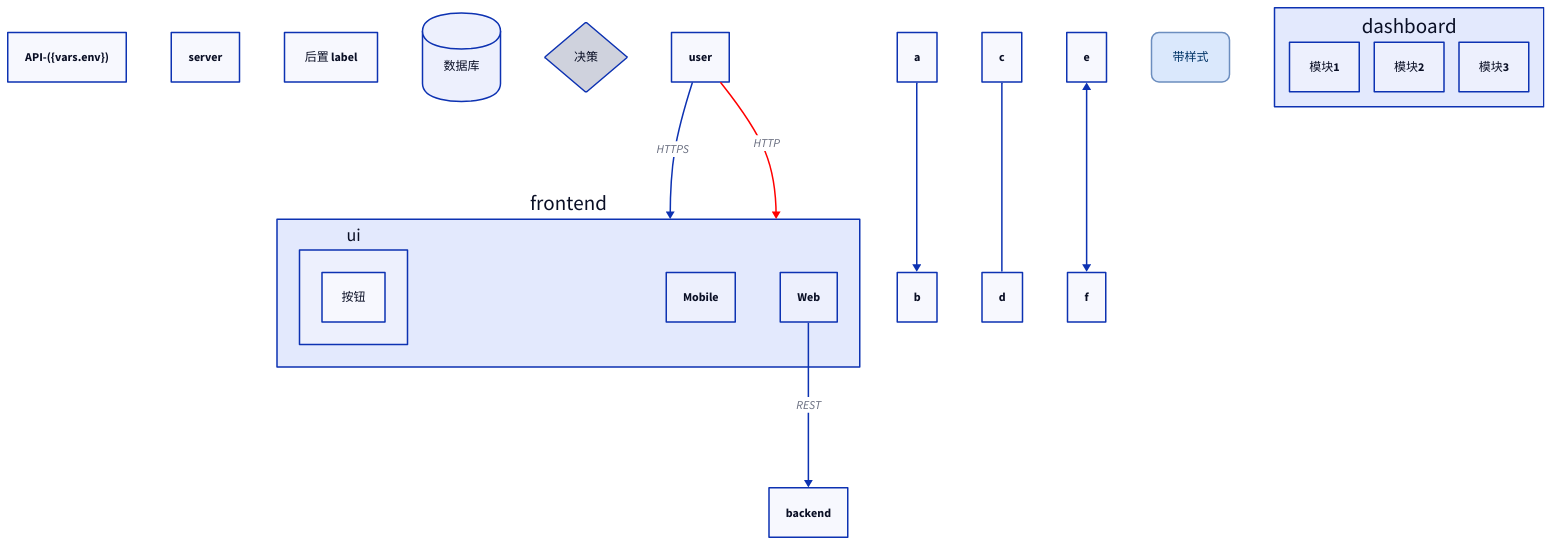
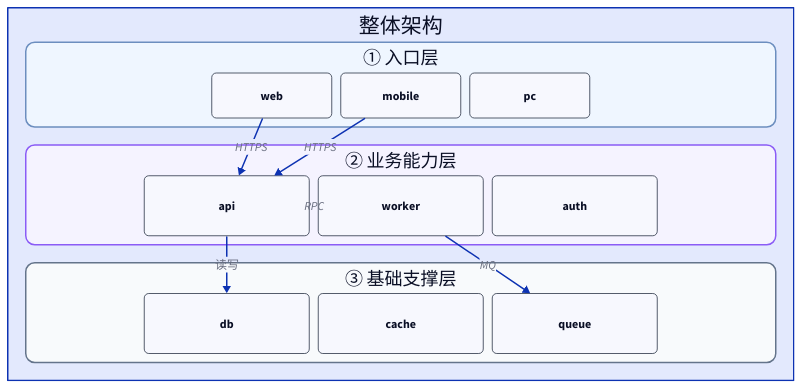
One commit to syllr/skills changed the third of 6 diagrams in skills/d2/SKILL.md. Above: the diagram before and after it, drawn with D2. The commit also changed other lines of this file, not shown here.

First line of the commit message:
refactor: 完全重写 d2 skill 为架构图专用（从 682 行精简到 542 行）

````diff
--- a/skills/d2/SKILL.md
+++ b/skills/d2/SKILL.md
@@ -361,50 +351,41 @@
 ```d2
-direction: down                # ① 全局方向：down/right/left/up
+vars: { d2-config: { layout-engine: elk } }
+整体架构: {
+  grid-rows: 1; grid-columns: 1; grid-gap: 24
 
-# ② 变量
-vars: { env: "prod" }
-api: "API-({vars.env})"
+  入口层: {
+    label: "① 入口层"; width: 1000; grid-columns: 3; grid-gap: 12
+    style.fill: "#eff6ff"; style.stroke: "#6c8ebf"; style.border-radius: 12
+    web: { width: 160; height: 60; class: module }
+    mobile: { width: 160; height: 60; class: module }
+    pc: { width: 160; height: 60; class: module }
+  }
 
-# ③ 节点：标识符 / 带标签 / 后置 label / 形状
-server                         # 简单标识符
-server2: "带中文标签"           # 标识符: label
-server2.label: "后置 label"     # 后置 label
-db: "数据库" { shape: cylinder } # 形状：圆柱（数据库）
-dec: "决策" { shape: diamond }   # 形状：菱形（决策）
+  业务能力层: {
+    label: "② 业务能力层"; width: 1000; grid-columns: 3; grid-gap: 12
+    style.fill: "#f5f3ff"; style.stroke: "#8b5cf6"; style.border-radius: 12
+    api: { width: 220; height: 80; class: module }
+    worker: { width: 220; height: 80; class: module }
+    auth: { width: 220; height: 80; class: module }
+  }
 
-# ④ 容器（嵌套 + 命名空间）
-frontend: {
-  web: "Web"
-  mobile: "Mobile"
-  ui: { btn: "按钮" }           # 嵌套容器
-}
-
-# ⑤ 边：有向 / 无向 / 双向 / 带标签 / 带样式
-a -> b                          # 有向
-c -- d                          # 无向
-e <-> f                         # 双向
-user -> frontend: "HTTPS"       # 边标签
-user -> frontend: "HTTP" { style.stroke: red }  # 边样式
-
-# ⑥ 跨容器边（完整路径，见陷阱 3）
-frontend.web -> backend: "REST"
-
-# ⑦ 节点样式
-styled: "带样式" {
-  style: {
-    fill: "#dae8fc"
-    stroke: "#6c8ebf"
-    stroke-width: 2
-    border-radius: 10
-    font-color: "#003366"
-    bold: true
+  基础支撑层: {
+    label: "③ 基础支撑层"; width: 1000; grid-columns: 3; grid-gap: 12
+    style.fill: "#f8fafc"; style.stroke: "#64748b"; style.border-radius: 12
+    db: { width: 220; height: 80; class: module }
+    cache: { width: 220; height: 80; class: module }
+    queue: { width: 220; height: 80; class: module }
   }
 }
 
-# ⑧ 网格布局
-dashboard: {
-  grid-columns: 3
-  grid-gap: 20
-  m1: "模块1"; m2: "模块2"; m3: "模块3"
+# === 模块级调用关系（精确）===
+整体架构.入口层.web -> 整体架构.业务能力层.api: "HTTPS"
+整体架构.入口层.mobile -> 整体架构.业务能力层.api: "HTTPS"
+整体架构.业务能力层.api -> 整体架构.业务能力层.worker: "RPC"
+整体架构.业务能力层.api -> 整体架构.基础支撑层.db: "读写"
+整体架构.业务能力层.worker -> 整体架构.基础支撑层.queue: "MQ"
+
+classes: {
+  module: { style: { border-radius: 6; stroke: "#1e293b"; stroke-width: 1 } }
 }
 ```
````
